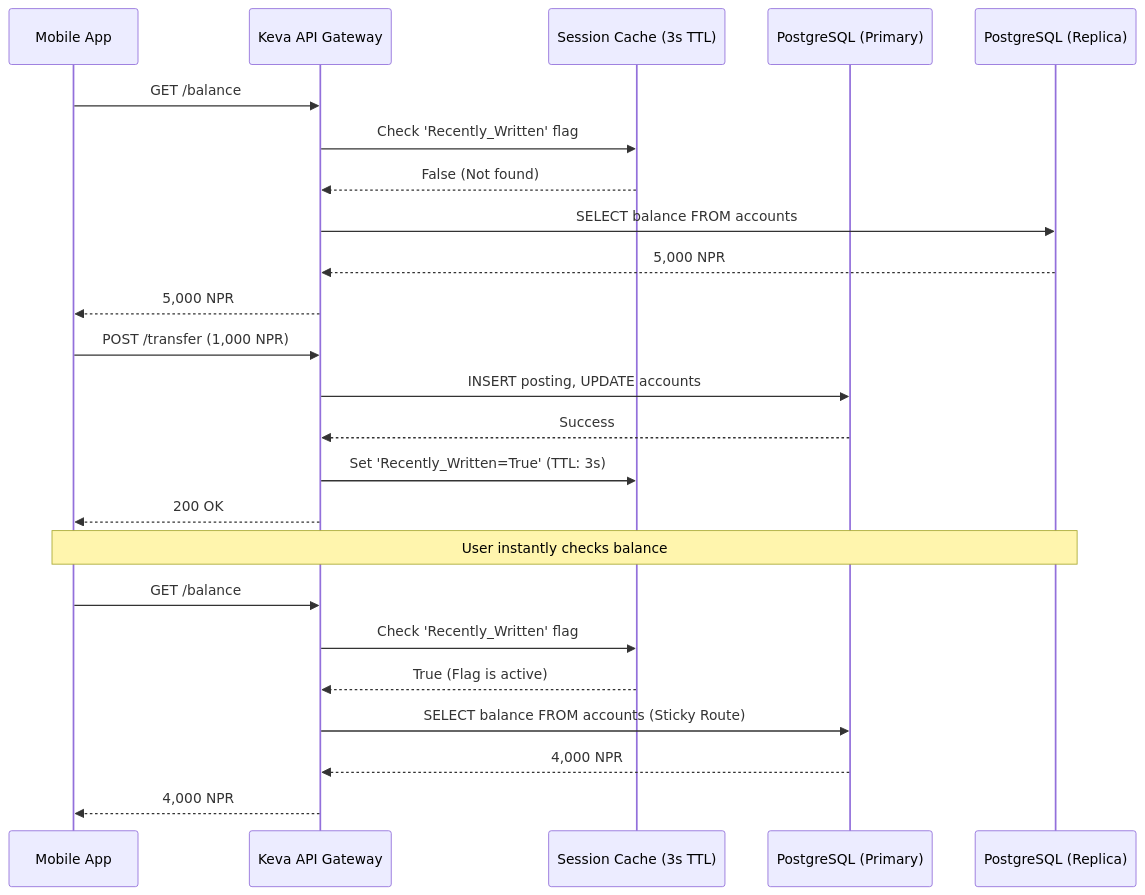
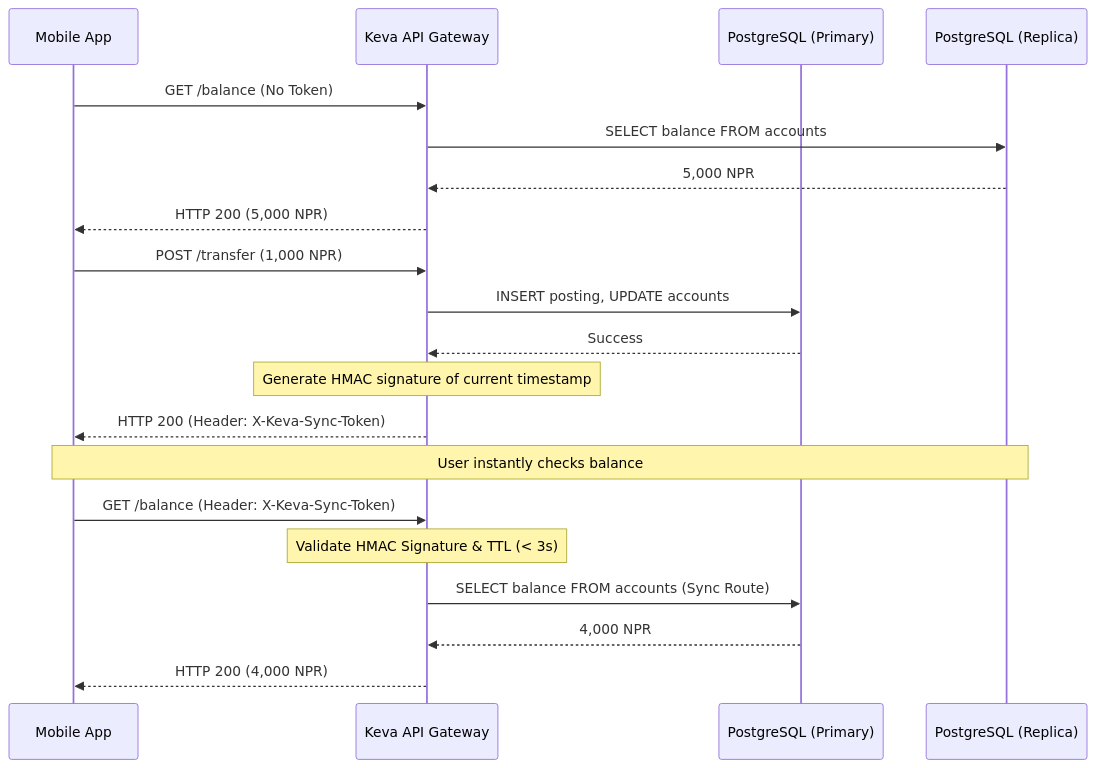
One commit to kevalabs/keva changed the diagram in docs/architecture/README.md. Above: the diagram before and after it, drawn with Mermaid. The commit also changed other lines of this file and 1 other file, not shown here.

Commit message:
docs: add and document ADR 0004 for HMAC read-after-write
Update Scalable Balance Retrieval section in Architecture README to use stateless cryptographic tokens instead of sticky routing.

````diff
--- a/docs/architecture/README.md
+++ b/docs/architecture/README.md
@@ -198,32 +202,28 @@
 ```mermaid
 sequenceDiagram
     participant App as Mobile App
     participant API as Keva API Gateway
-    participant Cache as Session Cache (3s TTL)
     participant Primary as PostgreSQL (Primary)
     participant Replica as PostgreSQL (Replica)
 
     %% Scenario 1: Standard Passive Read
-    App->>API: GET /balance
-    API->>Cache: Check 'Recently_Written' flag
-    Cache-->>API: False (Not found)
+    App->>API: GET /balance (No Token)
     API->>Replica: SELECT balance FROM accounts
     Replica-->>API: 5,000 NPR
-    API-->>App: 5,000 NPR
+    API-->>App: HTTP 200 (5,000 NPR)
 
-    %% Scenario 2: Mutation and Sticky Read
+    %% Scenario 2: Mutation and HMAC Read
     App->>API: POST /transfer (1,000 NPR)
     API->>Primary: INSERT posting, UPDATE accounts
     Primary-->>API: Success
-    API->>Cache: Set 'Recently_Written=True' (TTL: 3s)
-    API-->>App: 200 OK
+    Note over API: Generate HMAC signature of current timestamp
+    API-->>App: HTTP 200 (Header: X-Keva-Sync-Token)
 
     Note over App, Replica: User instantly checks balance
 
-    App->>API: GET /balance
-    API->>Cache: Check 'Recently_Written' flag
-    Cache-->>API: True (Flag is active)
-    API->>Primary: SELECT balance FROM accounts (Sticky Route)
+    App->>API: GET /balance (Header: X-Keva-Sync-Token)
+    Note over API: Validate HMAC Signature & TTL (< 3s)
+    API->>Primary: SELECT balance FROM accounts (Sync Route)
     Primary-->>API: 4,000 NPR
-    API-->>App: 4,000 NPR
+    API-->>App: HTTP 200 (4,000 NPR)
 ```
````
